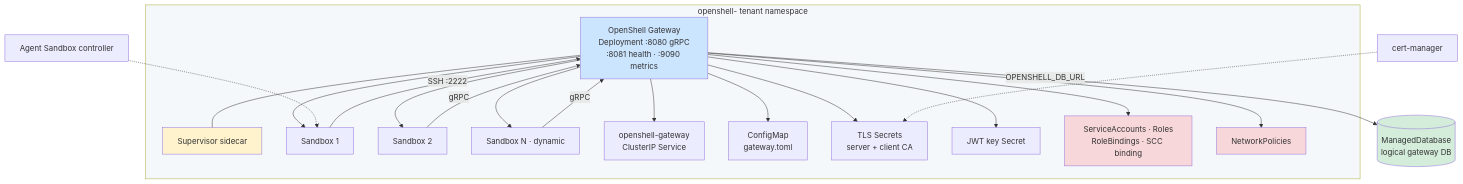
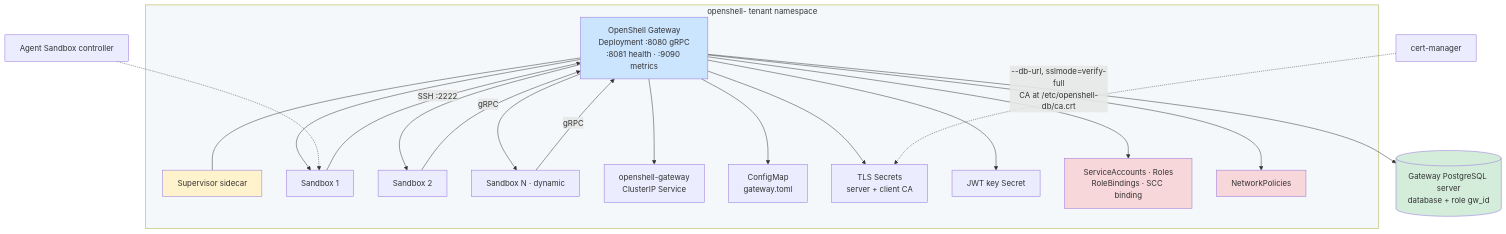
The diagram in docs/architecture/source/gateway-workload.md (jonmosco/hypershell), drawn with Mermaid before and after one commit. The commit also changed 224 other files, not shown here.

````diff
--- a/docs/architecture/source/gateway-workload.md
+++ b/docs/architecture/source/gateway-workload.md
@@ -9,39 +9,39 @@
 ```mermaid
 graph TB
   subgraph NS[openshell-<gateway-id> tenant namespace]
     GW[OpenShell Gateway<br/>Deployment :8080 gRPC<br/>:8081 health · :9090 metrics]
     SUP[Supervisor sidecar]
     S1[Sandbox 1]
     S2[Sandbox 2]
     SN[Sandbox N · dynamic]
     SVC[openshell-gateway<br/>ClusterIP Service]
     CFG[ConfigMap<br/>gateway.toml]
     TLS[TLS Secrets<br/>server + client CA]
     JWT[JWT key Secret]
     RBAC[ServiceAccounts · Roles<br/>RoleBindings · SCC binding]
     NP[NetworkPolicies]
     GW --- SUP
     GW --> SVC
     GW --> CFG
     GW --> TLS
     GW --> JWT
     GW --> RBAC
     GW --> NP
     GW --> S1
     GW --> S2
     GW --> SN
     S1 -->|SSH :2222| GW
     S2 -->|gRPC| GW
     SN -->|gRPC| GW
   end
-  DB[(ManagedDatabase<br/>logical gateway DB)]
-  GW -->|OPENSHELL_DB_URL| DB
+  DB[(Gateway PostgreSQL server<br/>database + role gw_id)]
+  GW -->|--db-url, sslmode=verify-full<br/>CA at /etc/openshell-db/ca.crt| DB
   CERT[cert-manager] -.-> TLS
   AGENT[Agent Sandbox controller] -.-> S1
   style NS fill:#f5f8fa
   style GW fill:#cce5ff
   style SUP fill:#fff3cd
   style DB fill:#d4edda
   style RBAC fill:#f8d7da
   style NP fill:#f8d7da
 ```
````
